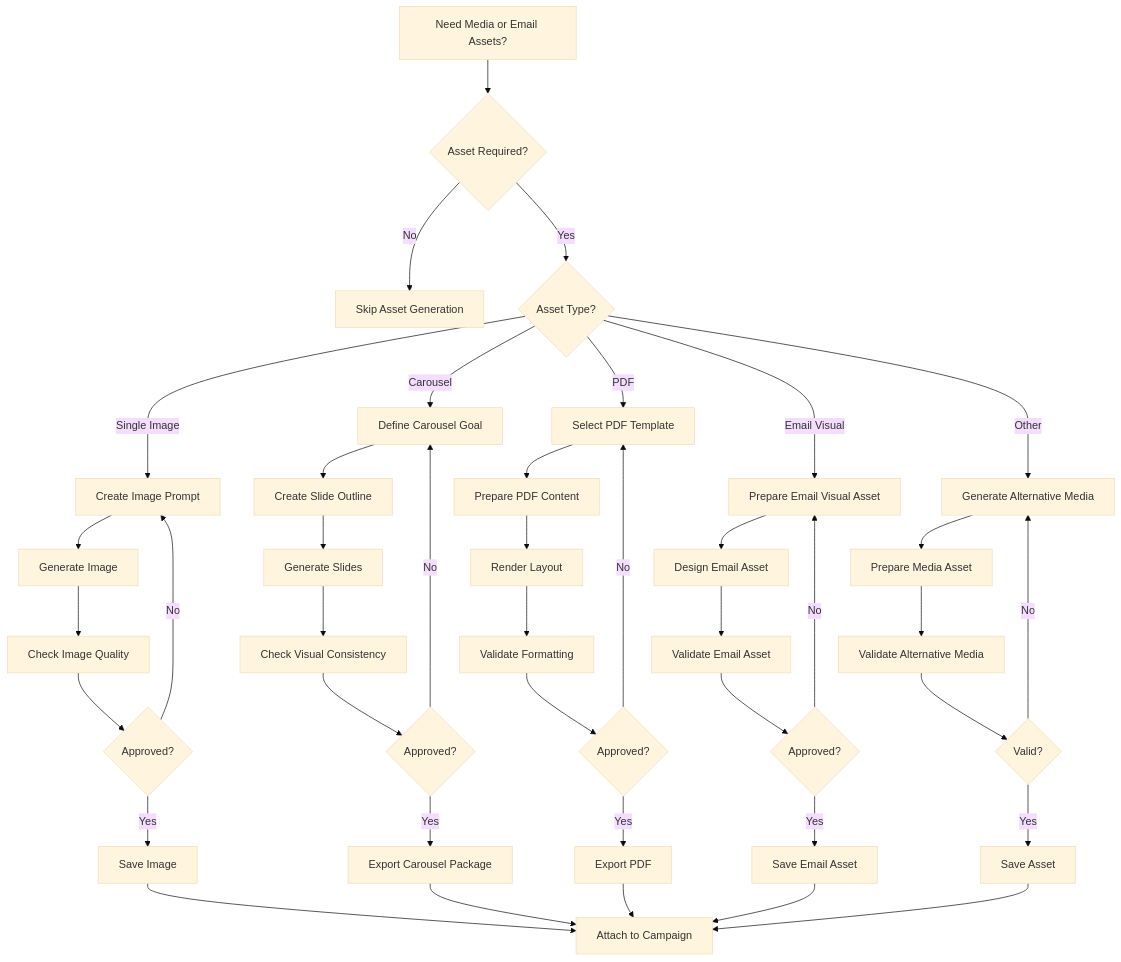
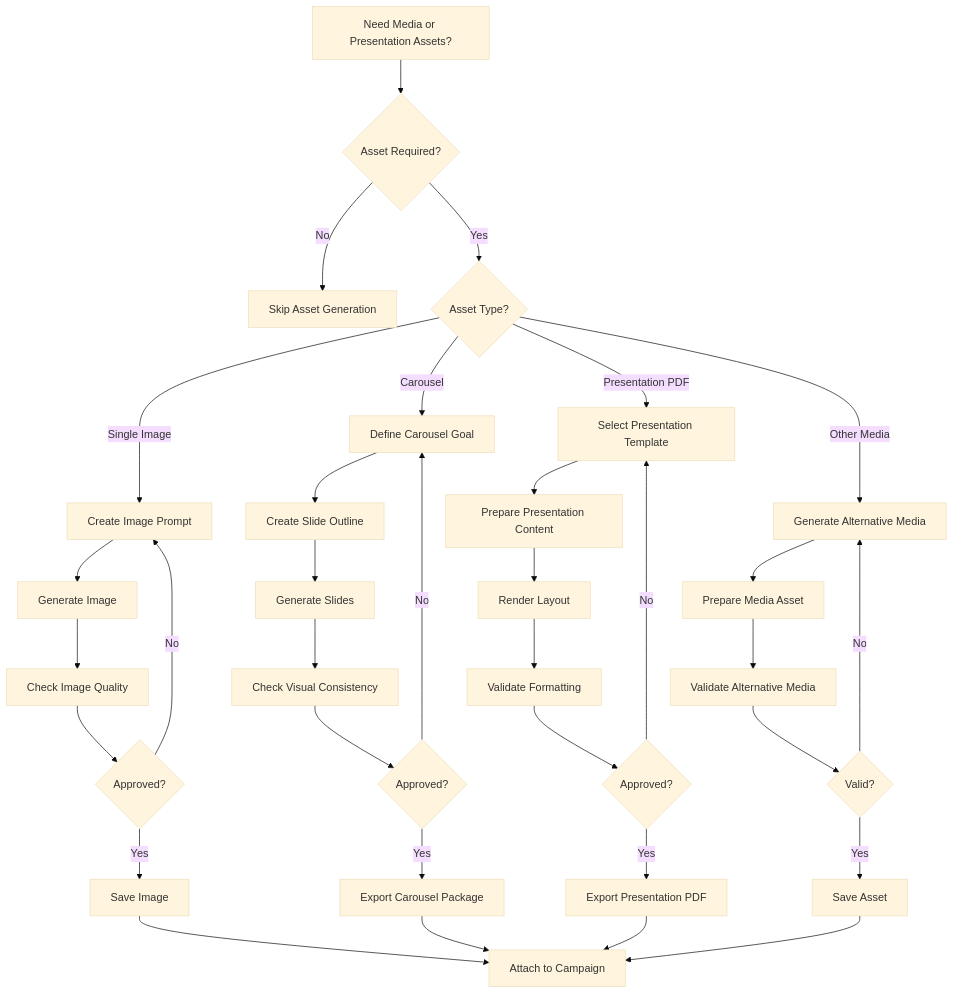
The sixth of 8 diagrams in README.md (mariembel21/nova-ai-marketing-agent), drawn with Mermaid (base theme) before and after one commit. The commit also changed other lines of this file, not shown here.

Commit message:
Update README with campaign and content flow improvements

````diff
--- a/README.md
+++ b/README.md
@@ -127,53 +134,46 @@
 ```mermaid
 flowchart TD
-  A[Need Media or Email Assets?] --> B{Asset Required?}
+  A[Need Media or Presentation Assets?] --> B{Asset Required?}
 
   B -->|No| C[Skip Asset Generation]
   B -->|Yes| D{Asset Type?}
 
   D -->|Single Image| E[Create Image Prompt]
   D -->|Carousel| F[Define Carousel Goal]
-  D -->|PDF| G[Select PDF Template]
-  D -->|Email Visual| H[Prepare Email Visual Asset]
-  D -->|Other| I[Generate Alternative Media]
+  D -->|Presentation PDF| G[Select Presentation Template]
+  D -->|Other Media| I[Generate Alternative Media]
 
   E --> J[Generate Image]
   F --> K[Create Slide Outline]
-  G --> L[Prepare PDF Content]
-  H --> M[Design Email Asset]
+  G --> L[Prepare Presentation Content]
   I --> N[Prepare Media Asset]
 
   J --> O[Check Image Quality]
   K --> P[Generate Slides]
   L --> Q[Render Layout]
-  M --> R[Validate Email Asset]
   N --> S[Validate Alternative Media]
 
   O --> T{Approved?}
   P --> U[Check Visual Consistency]
   Q --> V[Validate Formatting]
-  R --> W{Approved?}
   S --> X{Valid?}
 
   T -->|No| E
   T -->|Yes| Y[Save Image]
 
   U --> Z{Approved?}
   V --> AA{Approved?}
-  W -->|No| H
-  W -->|Yes| AB[Save Email Asset]
   X -->|No| I
   X -->|Yes| AC[Save Asset]
 
   Z -->|No| F
   Z -->|Yes| AD[Export Carousel Package]
 
   AA -->|No| G
-  AA -->|Yes| AE[Export PDF]
+  AA -->|Yes| AE[Export Presentation PDF]
 
   Y --> AF[Attach to Campaign]
   AD --> AF
   AE --> AF
-  AB --> AF
   AC --> AF
   ```
````
